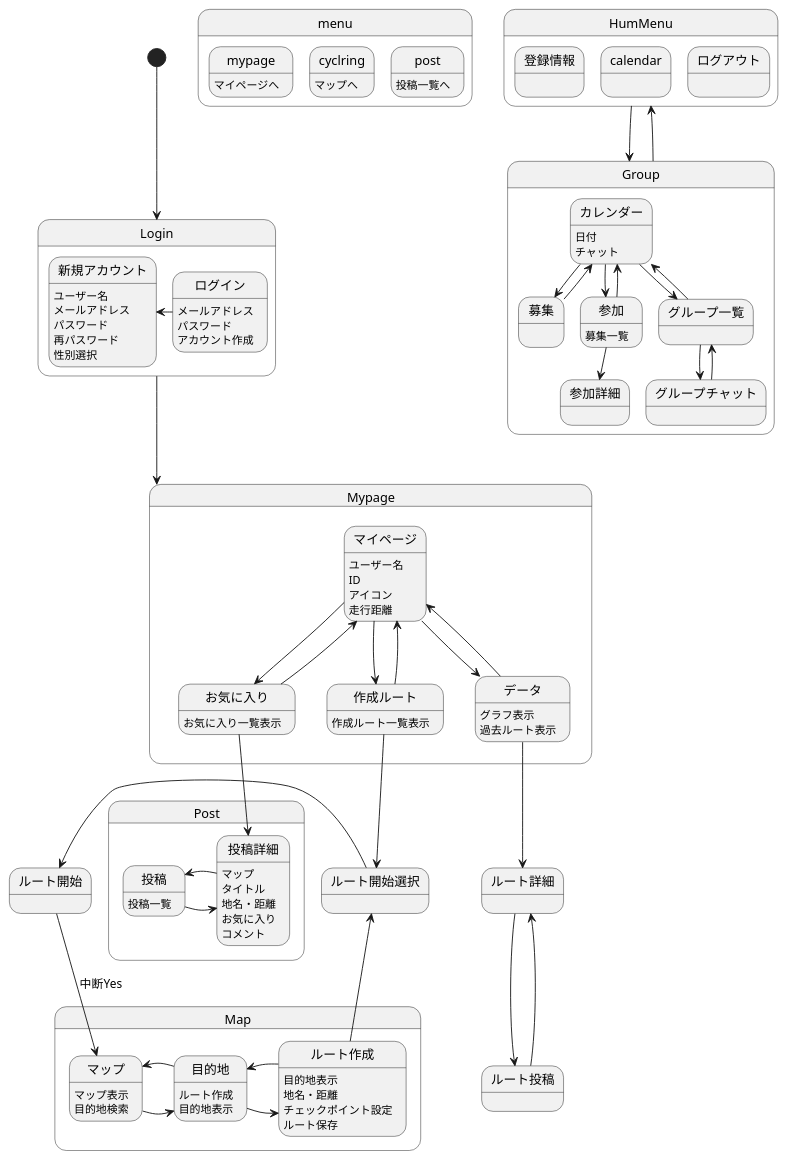
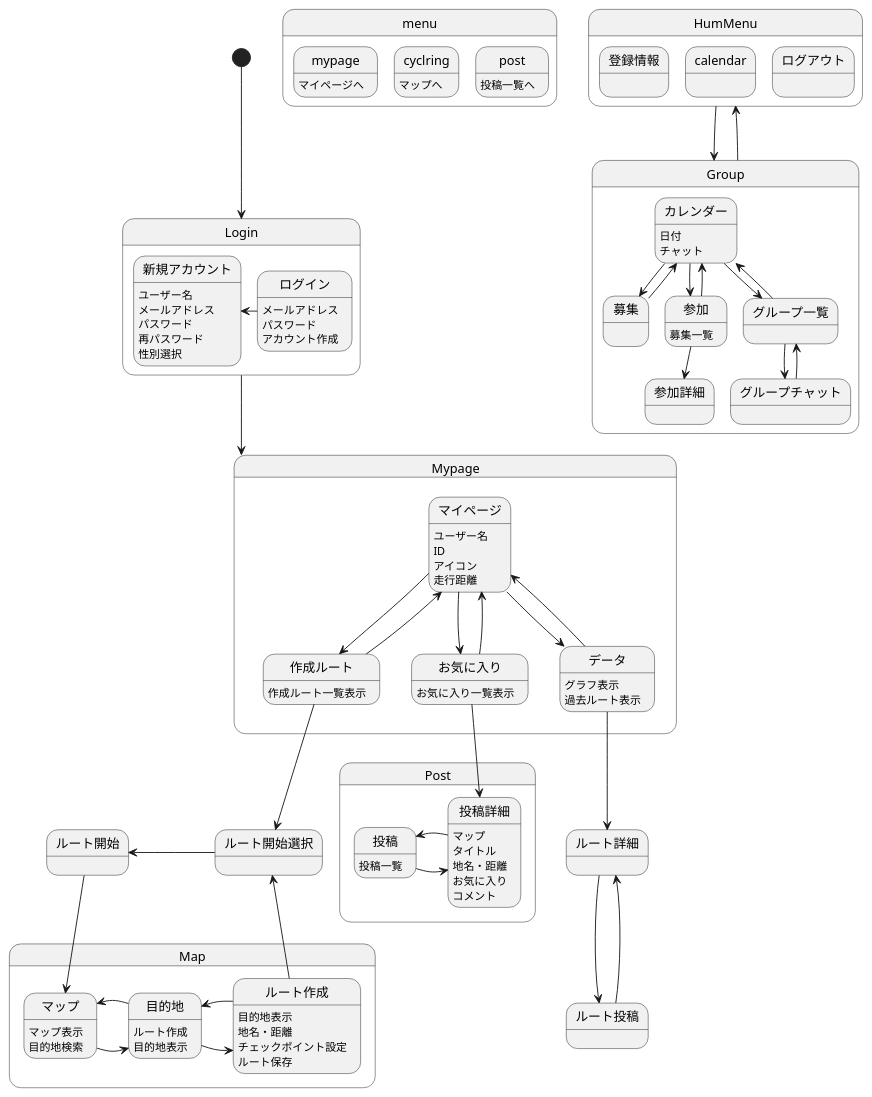
The diagram in 画面遷移図/gm.md (AsoSD3A3/CyclingSystem), drawn with PlantUML before and after one commit.

```diff
--- a/画面遷移図/gm.md
+++ b/画面遷移図/gm.md
@@ -85,7 +85,7 @@
 作成ルート-down->ルート開始選択
 ルート作成-up->ルート開始選択
 ルート開始選択-left->ルート開始
-ルート開始-down->マップ :中断Yes
+ルート開始-down->マップ
 
 state Post{
 投稿:投稿一覧
```
